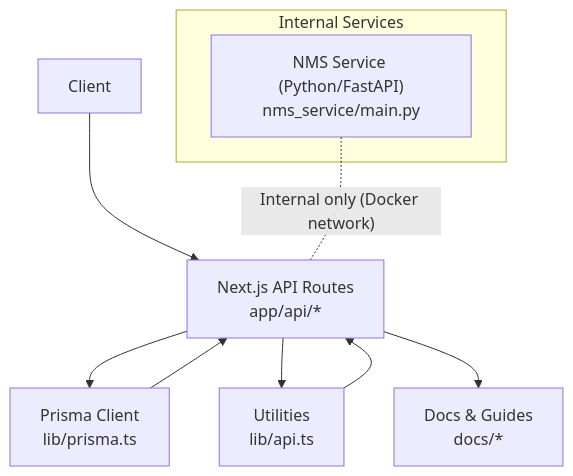
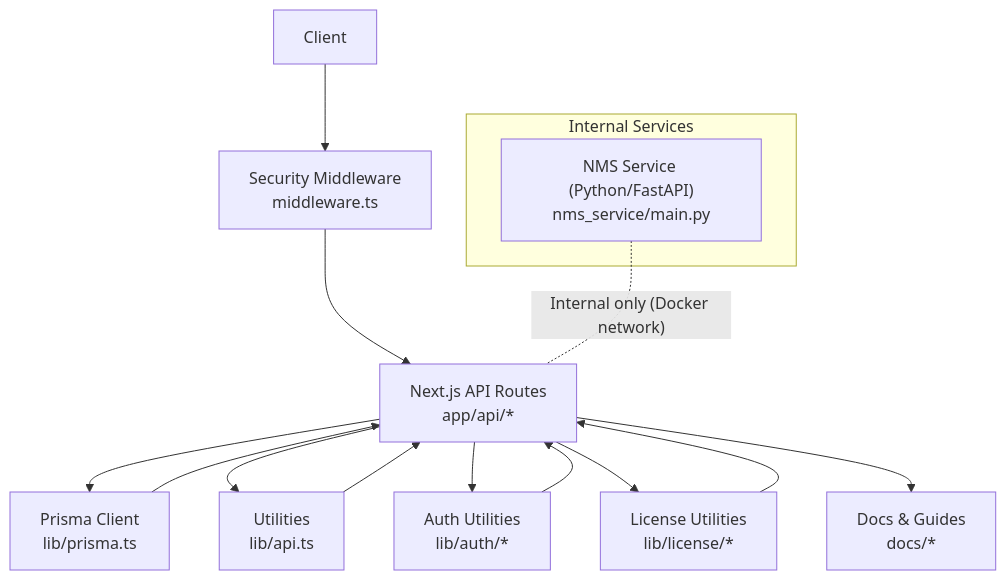
One commit to celebigilfatih/infrascope changed the first of 3 diagrams in .qoder/repowiki/en/content/API Endpoints & Services/API Endpoints & Services.md. Above: the diagram before and after it, drawn with Mermaid. The commit also changed other lines of this file and 12 other files, not shown here.

First line of the commit message:
feat(api): add authentication, license management, and enhanced security middleware

````diff
--- a/.qoder/repowiki/en/content/API Endpoints & Services/API Endpoints & Services.md
+++ b/.qoder/repowiki/en/content/API Endpoints & Services/API Endpoints & Services.md
@@ -73,13 +96,18 @@
 ```mermaid
 graph TB
-Client["Client"] --> PublicAPI["Next.js API Routes<br/>app/api/*"]
+Client["Client"] --> Middleware["Security Middleware<br/>middleware.ts"]
+Middleware --> PublicAPI["Next.js API Routes<br/>app/api/*"]
 PublicAPI --> Prisma["Prisma Client<br/>lib/prisma.ts"]
 PublicAPI --> Utils["Utilities<br/>lib/api.ts"]
+PublicAPI --> Auth["Auth Utilities<br/>lib/auth/*"]
+PublicAPI --> License["License Utilities<br/>lib/license/*"]
 PublicAPI --> Docs["Docs & Guides<br/>docs/*"]
 subgraph "Internal Services"
 NMS["NMS Service (Python/FastAPI)<br/>nms_service/main.py"]
 end
 Utils --> PublicAPI
 Prisma --> PublicAPI
+Auth --> PublicAPI
+License --> PublicAPI
 NMS -. "Internal only (Docker network)" .- PublicAPI
 ```
````
